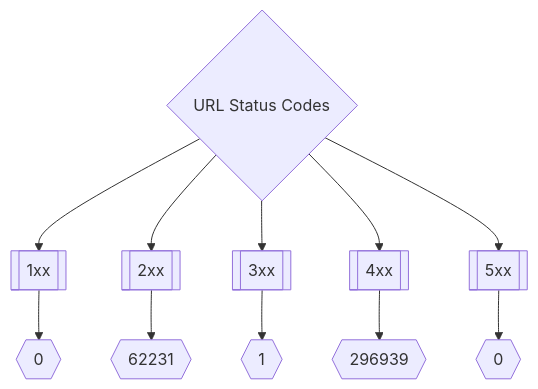
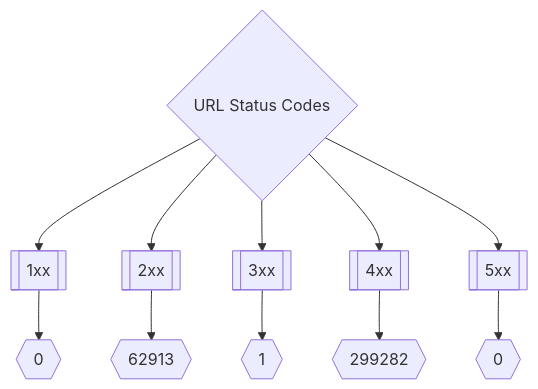
One commit to trickest/inventory changed the second of 3 diagrams in README.md. Above: the diagram before and after it, drawn with Mermaid. The commit also changed other lines of this file, not shown here.

Commit message:
Update Thu Apr 21 01:50:40 UTC 2022

````diff
--- a/README.md
+++ b/README.md
@@ -173,8 +173,8 @@
 ```mermaid
 graph TD
 title{URL Status Codes} --> 1xx[[1xx]] --> status1xxNum{{0}}
-title --> 2xx[[2xx]] --> status2xxNum{{62231}}
+title --> 2xx[[2xx]] --> status2xxNum{{62913}}
 title --> 3xx[[3xx]] --> status3xxNum{{1}}
-title --> 4xx[[4xx]] --> status4xxNum{{296939}}
+title --> 4xx[[4xx]] --> status4xxNum{{299282}}
 title --> 5xx[[5xx]] --> status5xxNum{{0}}
 ```
````
